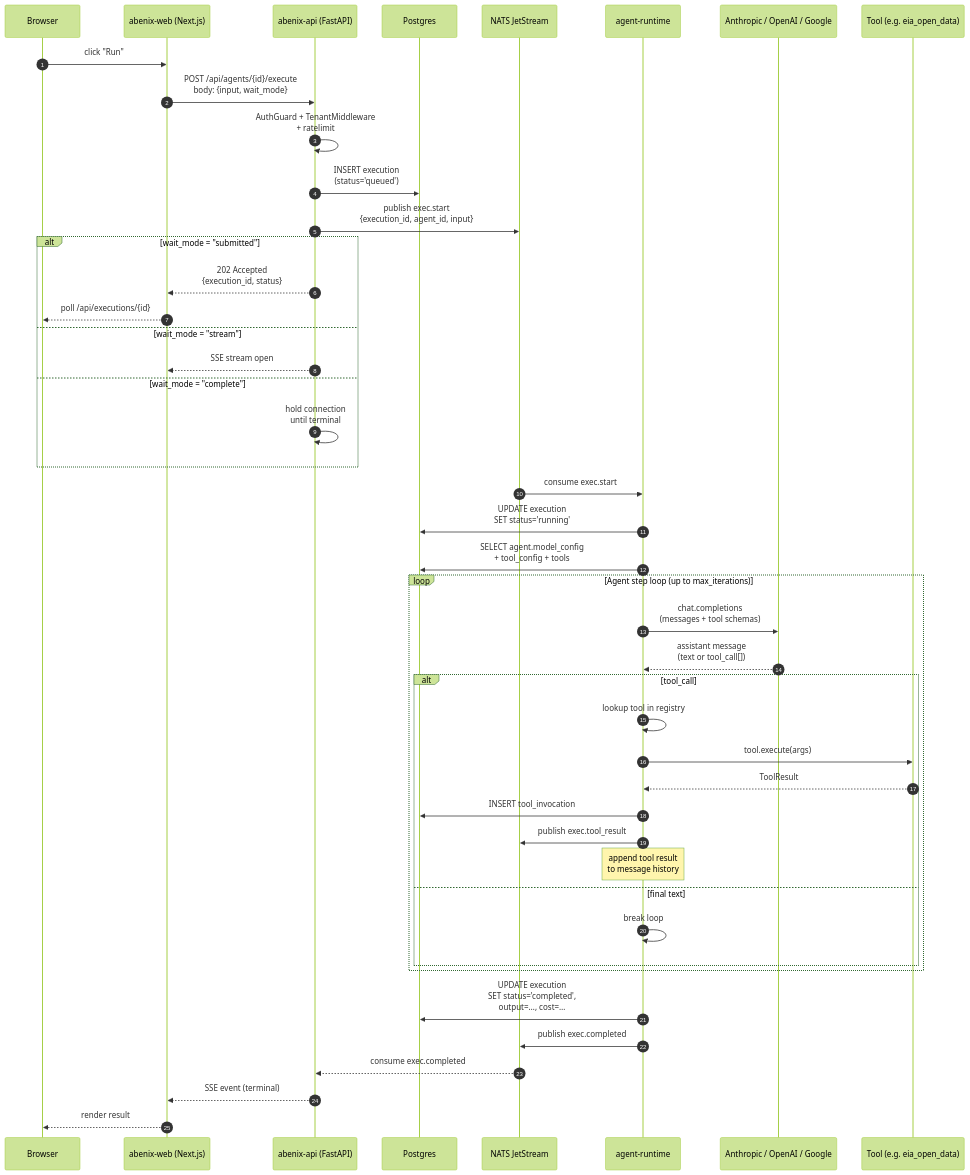
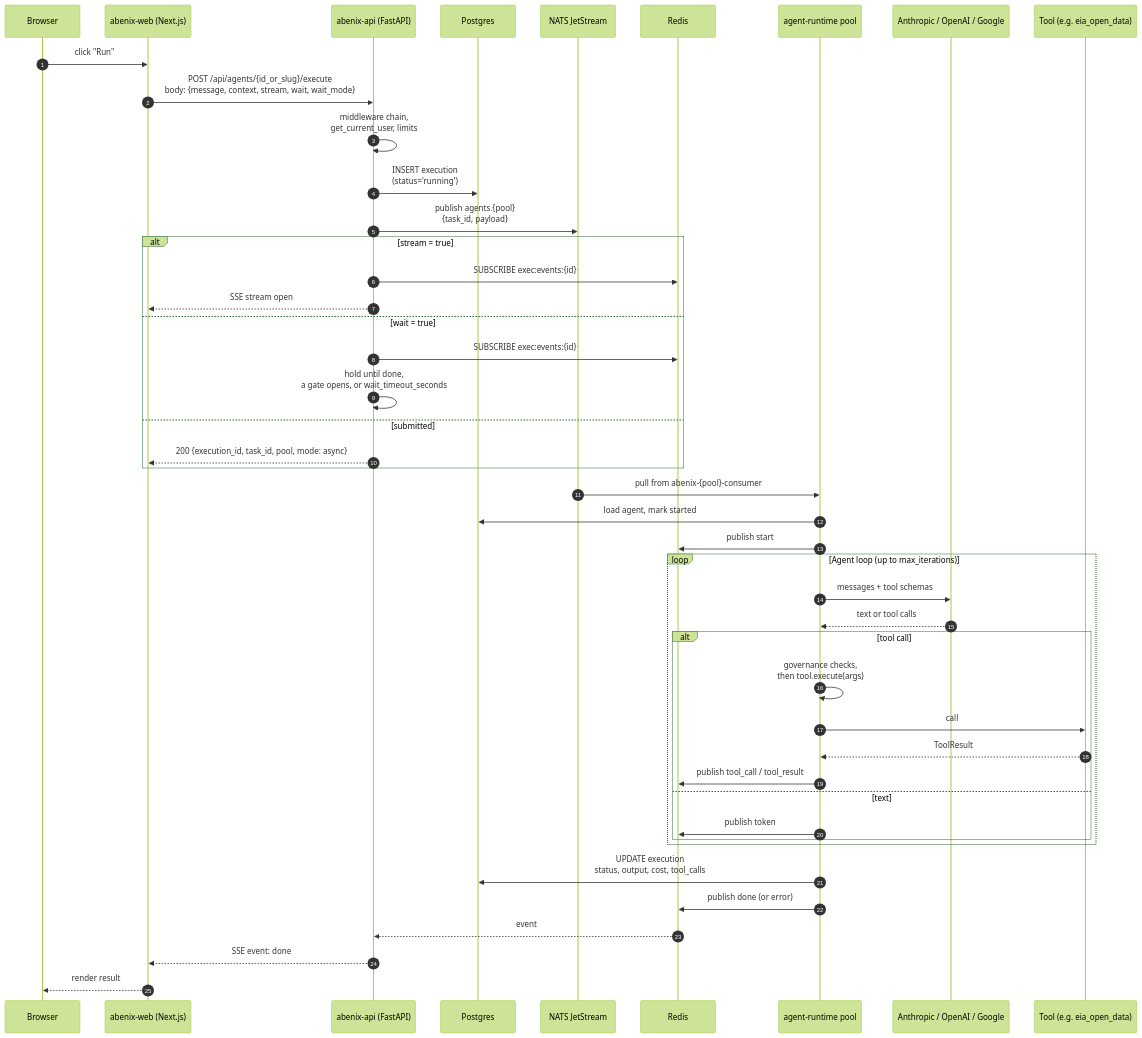
Before and after one commit to sarkar4777/abenix: the first of 3 diagrams in docs/01-architecture/02-request-lifecycle.md, drawn with Mermaid (forest theme). The commit also changed other lines of this file and 288 other files, not shown here.

````diff
--- a/docs/01-architecture/02-request-lifecycle.md
+++ b/docs/01-architecture/02-request-lifecycle.md
@@ -11,52 +13,51 @@
 ```mermaid
 sequenceDiagram
   autonumber
   participant U as Browser
   participant W as abenix-web (Next.js)
   participant API as abenix-api (FastAPI)
   participant PG as Postgres
   participant N as NATS JetStream
-  participant R as agent-runtime
+  participant RD as Redis
+  participant R as agent-runtime pool
   participant LLM as Anthropic / OpenAI / Google
   participant Tool as Tool (e.g. eia_open_data)
 
   U->>W: click "Run"
-  W->>API: POST /api/agents/{id}/execute<br/>body: {input, wait_mode}
-  API->>API: AuthGuard + TenantMiddleware<br/>+ ratelimit
-  API->>PG: INSERT execution<br/>(status='queued')
-  API->>N: publish exec.start<br/>{execution_id, agent_id, input}
-  alt wait_mode = "submitted"
-    API-->>W: 202 Accepted<br/>{execution_id, status}
-    W-->>U: poll /api/executions/{id}
-  else wait_mode = "stream"
+  W->>API: POST /api/agents/{id_or_slug}/execute<br/>body: {message, context, stream, wait, wait_mode}
+  API->>API: middleware chain,<br/>get_current_user, limits
+  API->>PG: INSERT execution<br/>(status='running')
+  API->>N: publish agents.{pool}<br/>{task_id, payload}
+  alt stream = true
+    API->>RD: SUBSCRIBE exec:events:{id}
     API-->>W: SSE stream open
-  else wait_mode = "complete"
-    API->>API: hold connection<br/>until terminal
+  else wait = true
+    API->>RD: SUBSCRIBE exec:events:{id}
+    API->>API: hold until done,<br/>a gate opens, or wait_timeout_seconds
+  else submitted
+    API-->>W: 200 {execution_id, task_id, pool, mode: async}
   end
 
-  N->>R: consume exec.start
-  R->>PG: UPDATE execution<br/>SET status='running'
-  R->>PG: SELECT agent.model_config<br/>+ tool_config + tools
+  N->>R: pull from abenix-{pool}-consumer
+  R->>PG: load agent, mark started
+  R->>RD: publish start
 
-  loop Agent step loop (up to max_iterations)
-    R->>LLM: chat.completions<br/>(messages + tool schemas)
-    LLM-->>R: assistant message<br/>(text or tool_call[])
-    alt tool_call
-      R->>R: lookup tool in registry
-      R->>Tool: tool.execute(args)
+  loop Agent loop (up to max_iterations)
+    R->>LLM: messages + tool schemas
+    LLM-->>R: text or tool calls
+    alt tool call
+      R->>R: governance checks,<br/>then tool.execute(args)
+      R->>Tool: call
       Tool-->>R: ToolResult
-      R->>PG: INSERT tool_invocation
-      R->>N: publish exec.tool_result
-      Note over R: append tool result<br/>to message history
-    else final text
-      R->>R: break loop
+      R->>RD: publish tool_call / tool_result
+    else text
+      R->>RD: publish token
     end
   end
 
-  R->>PG: UPDATE execution<br/>SET status='completed',<br/>output=…, cost=…
-  R->>N: publish exec.completed
-
-  N-->>API: consume exec.completed
-  API-->>W: SSE event (terminal)
+  R->>PG: UPDATE execution<br/>status, output, cost, tool_calls
+  R->>RD: publish done (or error)
+  RD-->>API: event
+  API-->>W: SSE event: done
   W-->>U: render result
 ```
````
